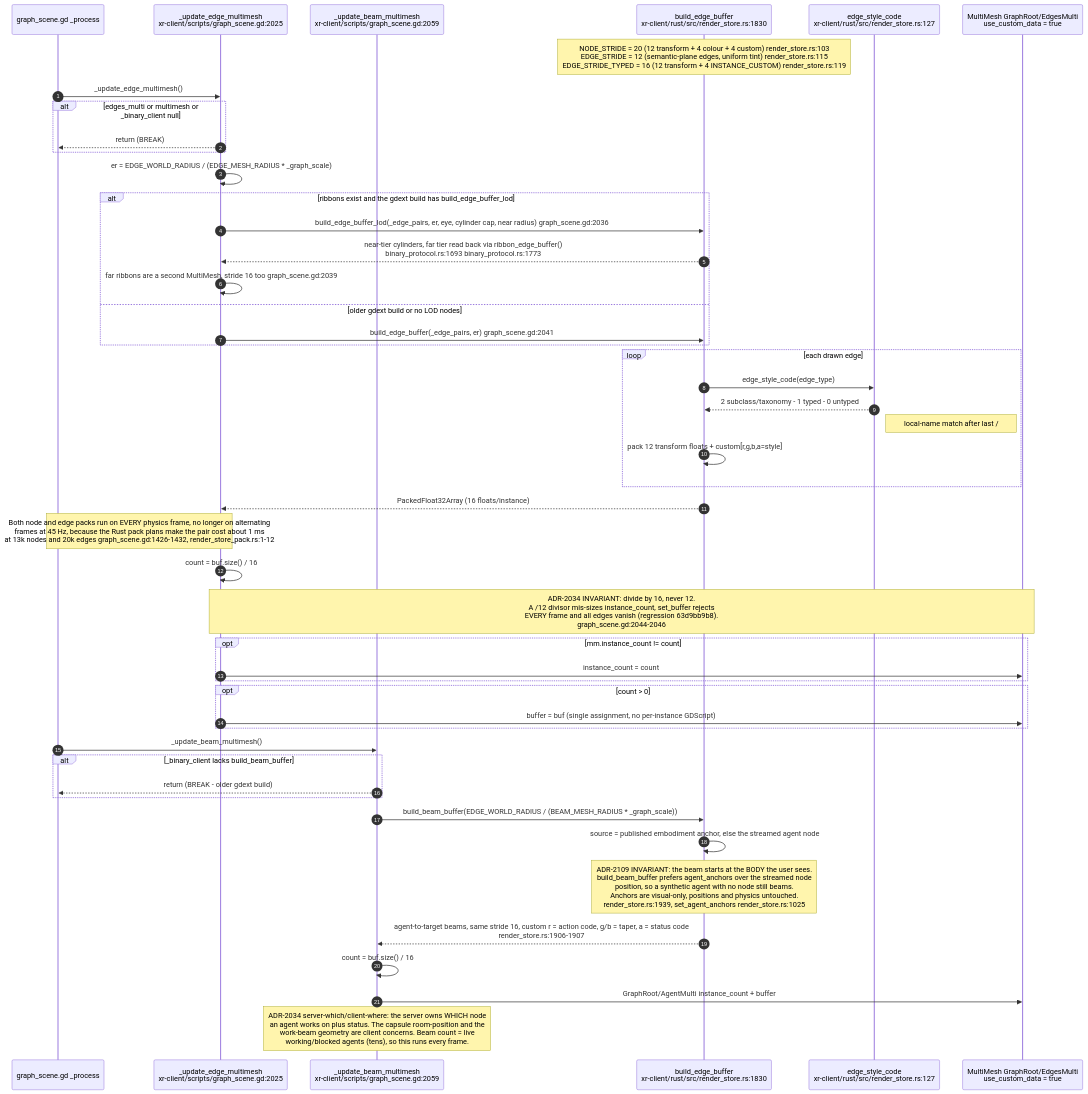
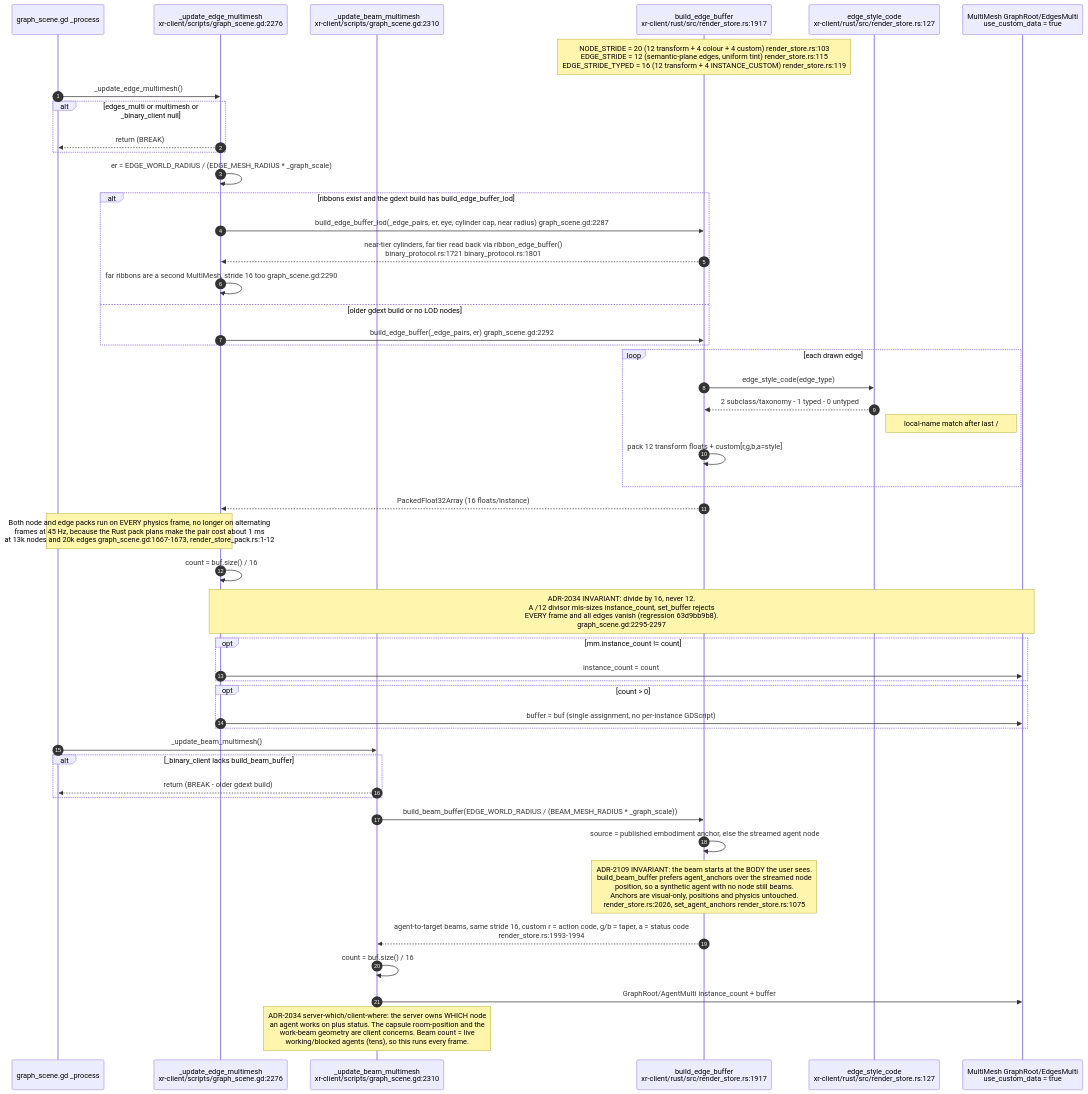
Before and after one commit to DreamLab-AI/VisionFlow: the seventh of 27 diagrams in docs/diagrams/visionclaw/36-godot-xr-client.md, drawn with Mermaid. The commit also changed other lines of this file and 160 other files, not shown here.

````diff
--- a/docs/diagrams/visionclaw/36-godot-xr-client.md
+++ b/docs/diagrams/visionclaw/36-godot-xr-client.md
@@ -399,51 +401,51 @@
 ```mermaid
 sequenceDiagram
     autonumber
     participant GD as graph_scene.gd _process
-    participant UE as _update_edge_multimesh<br/>xr-client/scripts/graph_scene.gd:2025
-    participant UB as _update_beam_multimesh<br/>xr-client/scripts/graph_scene.gd:2059
-    participant RS as build_edge_buffer<br/>xr-client/rust/src/render_store.rs:1830
+    participant UE as _update_edge_multimesh<br/>xr-client/scripts/graph_scene.gd:2276
+    participant UB as _update_beam_multimesh<br/>xr-client/scripts/graph_scene.gd:2310
+    participant RS as build_edge_buffer<br/>xr-client/rust/src/render_store.rs:1917
     participant SC as edge_style_code<br/>xr-client/rust/src/render_store.rs:127
     participant MM as MultiMesh GraphRoot/EdgesMulti<br/>use_custom_data = true
 
     Note over RS: NODE_STRIDE = 20 (12 transform + 4 colour + 4 custom) render_store.rs:103<br/>EDGE_STRIDE = 12 (semantic-plane edges, uniform tint) render_store.rs:115<br/>EDGE_STRIDE_TYPED = 16 (12 transform + 4 INSTANCE_CUSTOM) render_store.rs:119
     GD->>UE: _update_edge_multimesh()
     alt edges_multi or multimesh or _binary_client null
         UE-->>GD: return (BREAK)
     end
     UE->>UE: er = EDGE_WORLD_RADIUS / (EDGE_MESH_RADIUS * _graph_scale)
     alt ribbons exist and the gdext build has build_edge_buffer_lod
-        UE->>RS: build_edge_buffer_lod(_edge_pairs, er, eye, cylinder cap, near radius) graph_scene.gd:2036
-        RS-->>UE: near-tier cylinders, far tier read back via ribbon_edge_buffer()<br/>binary_protocol.rs:1693 binary_protocol.rs:1773
-        UE->>UE: far ribbons are a second MultiMesh, stride 16 too graph_scene.gd:2039
+        UE->>RS: build_edge_buffer_lod(_edge_pairs, er, eye, cylinder cap, near radius) graph_scene.gd:2287
+        RS-->>UE: near-tier cylinders, far tier read back via ribbon_edge_buffer()<br/>binary_protocol.rs:1721 binary_protocol.rs:1801
+        UE->>UE: far ribbons are a second MultiMesh, stride 16 too graph_scene.gd:2290
     else older gdext build or no LOD nodes
-        UE->>RS: build_edge_buffer(_edge_pairs, er) graph_scene.gd:2041
+        UE->>RS: build_edge_buffer(_edge_pairs, er) graph_scene.gd:2292
     end
     loop each drawn edge
         RS->>SC: edge_style_code(edge_type)
         SC-->>RS: 2 subclass/taxonomy - 1 typed - 0 untyped
         Note right of SC: local-name match after last / # or :<br/>case-insensitive render_store.rs:121-129
         RS->>RS: pack 12 transform floats + custom[r,g,b,a=style]
     end
     RS-->>UE: PackedFloat32Array (16 floats/instance)
-    Note over GD,UE: Both node and edge packs run on EVERY physics frame, no longer on alternating<br/>frames at 45 Hz, because the Rust pack plans make the pair cost about 1 ms<br/>at 13k nodes and 20k edges graph_scene.gd:1426-1432, render_store_pack.rs:1-12
+    Note over GD,UE: Both node and edge packs run on EVERY physics frame, no longer on alternating<br/>frames at 45 Hz, because the Rust pack plans make the pair cost about 1 ms<br/>at 13k nodes and 20k edges graph_scene.gd:1667-1673, render_store_pack.rs:1-12
     UE->>UE: count = buf.size() / 16
-    Note over UE,MM: ADR-2034 INVARIANT: divide by 16, never 12.<br/>A /12 divisor mis-sizes instance_count, set_buffer rejects<br/>EVERY frame and all edges vanish (regression 63d9bb9b8).<br/>graph_scene.gd:2044-2046
+    Note over UE,MM: ADR-2034 INVARIANT: divide by 16, never 12.<br/>A /12 divisor mis-sizes instance_count, set_buffer rejects<br/>EVERY frame and all edges vanish (regression 63d9bb9b8).<br/>graph_scene.gd:2295-2297
     opt mm.instance_count != count
         UE->>MM: instance_count = count
     end
     opt count > 0
         UE->>MM: buffer = buf (single assignment, no per-instance GDScript)
     end
     GD->>UB: _update_beam_multimesh()
     alt _binary_client lacks build_beam_buffer
         UB-->>GD: return (BREAK - older gdext build)
     end
     UB->>RS: build_beam_buffer(EDGE_WORLD_RADIUS / (BEAM_MESH_RADIUS * _graph_scale))
     RS->>RS: source = published embodiment anchor, else the streamed agent node
-    Note over RS: ADR-2109 INVARIANT: the beam starts at the BODY the user sees.<br/>build_beam_buffer prefers agent_anchors over the streamed node<br/>position, so a synthetic agent with no node still beams.<br/>Anchors are visual-only, positions and physics untouched.<br/>render_store.rs:1939, set_agent_anchors render_store.rs:1025
-    RS-->>UB: agent-to-target beams, same stride 16, custom r = action code, g/b = taper, a = status code<br/>render_store.rs:1906-1907
+    Note over RS: ADR-2109 INVARIANT: the beam starts at the BODY the user sees.<br/>build_beam_buffer prefers agent_anchors over the streamed node<br/>position, so a synthetic agent with no node still beams.<br/>Anchors are visual-only, positions and physics untouched.<br/>render_store.rs:2026, set_agent_anchors render_store.rs:1075
+    RS-->>UB: agent-to-target beams, same stride 16, custom r = action code, g/b = taper, a = status code<br/>render_store.rs:1993-1994
     UB->>UB: count = buf.size() / 16
     UB->>MM: GraphRoot/AgentMulti instance_count + buffer
     Note over UB: ADR-2034 server-which/client-where: the server owns WHICH node<br/>an agent works on plus status. The capsule room-position and the<br/>work-beam geometry are client concerns. Beam count = live<br/>working/blocked agents (tens), so this runs every frame.
 ```
````
